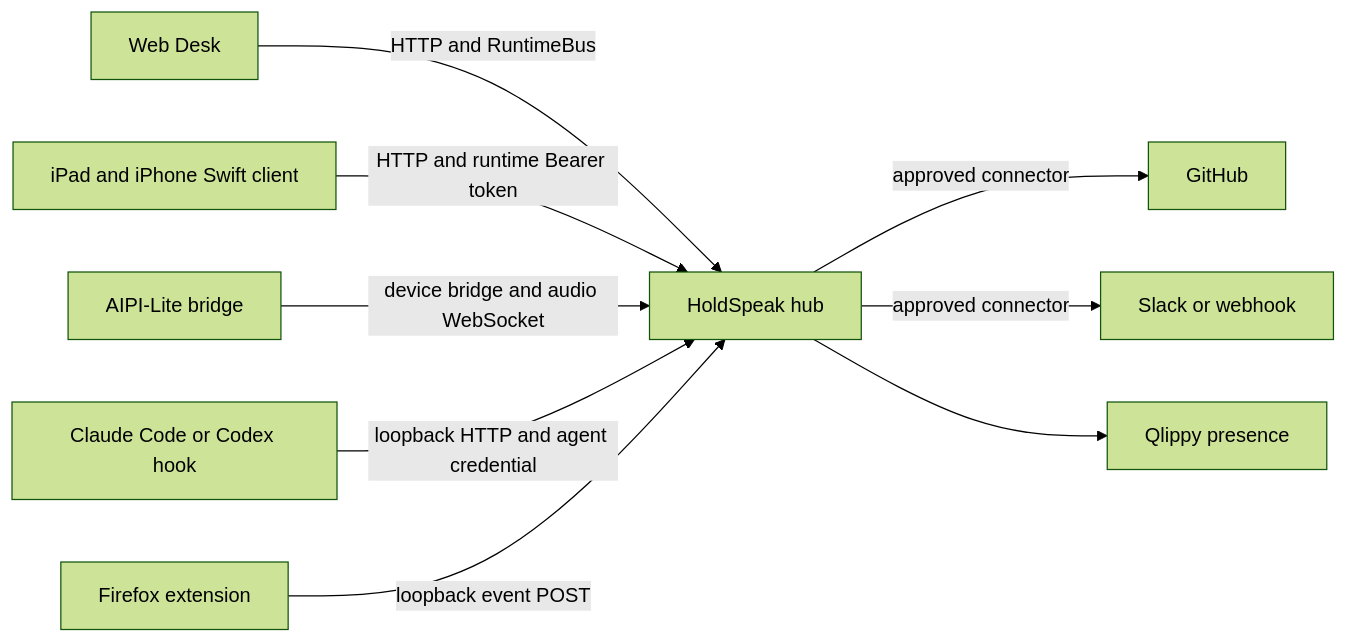
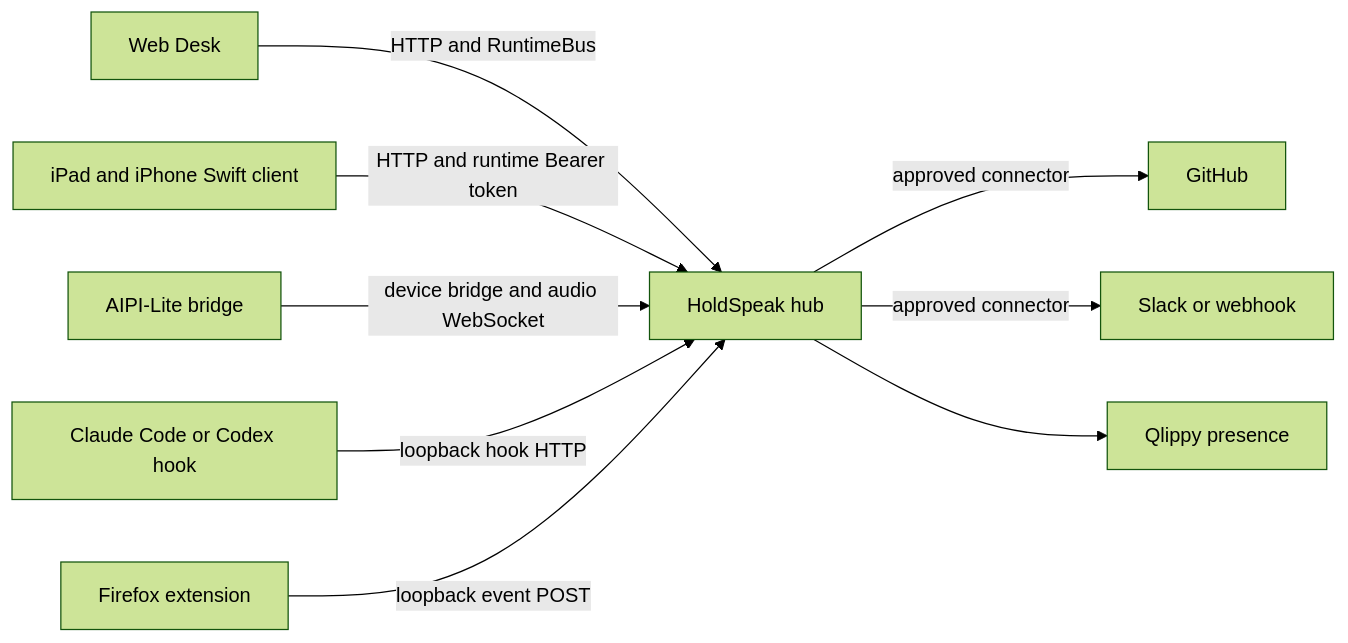
Before and after one commit to karolswdev/HoldSpeak: the diagram in docs/COMPANIONS_ARCHITECTURE.md, drawn with Mermaid (forest theme). The commit also changed other lines of this file and 62 other files, not shown here.

````diff
--- a/docs/COMPANIONS_ARCHITECTURE.md
+++ b/docs/COMPANIONS_ARCHITECTURE.md
@@ -14,11 +14,11 @@
 ```mermaid
 graph LR
     Web[Web Desk] -->|HTTP and RuntimeBus| Hub[HoldSpeak hub]
     iPad[iPad and iPhone Swift client] -->|HTTP and runtime Bearer token| Hub
     AIPI[AIPI-Lite bridge] -->|device bridge and audio WebSocket| Hub
-    Coder[Claude Code or Codex hook] -->|loopback HTTP and agent credential| Hub
+    Coder[Claude Code or Codex hook] -->|loopback hook HTTP| Hub
     Firefox[Firefox extension] -->|loopback event POST| Hub
     Hub -->|approved connector| GitHub[GitHub]
     Hub -->|approved connector| Slack[Slack or webhook]
     Hub --> Presence[Qlippy presence]
 ```
````
